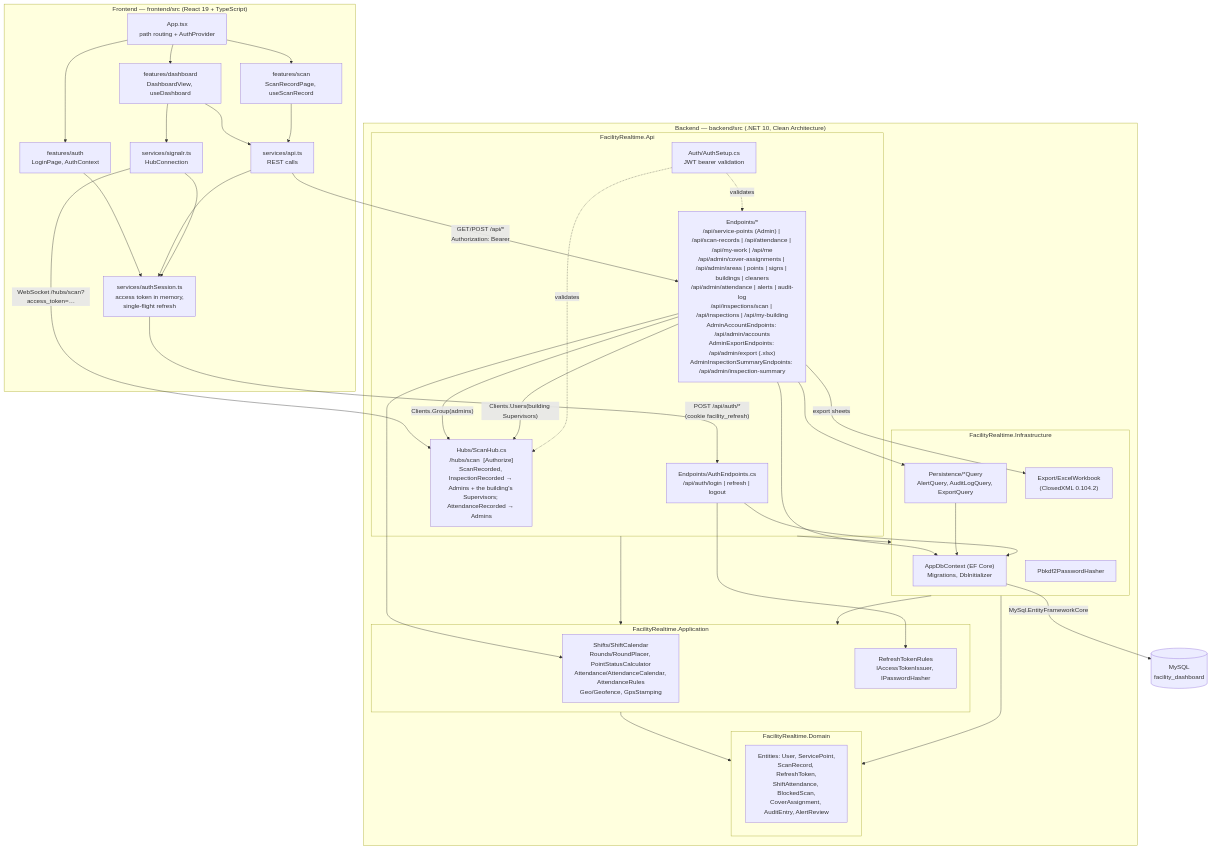
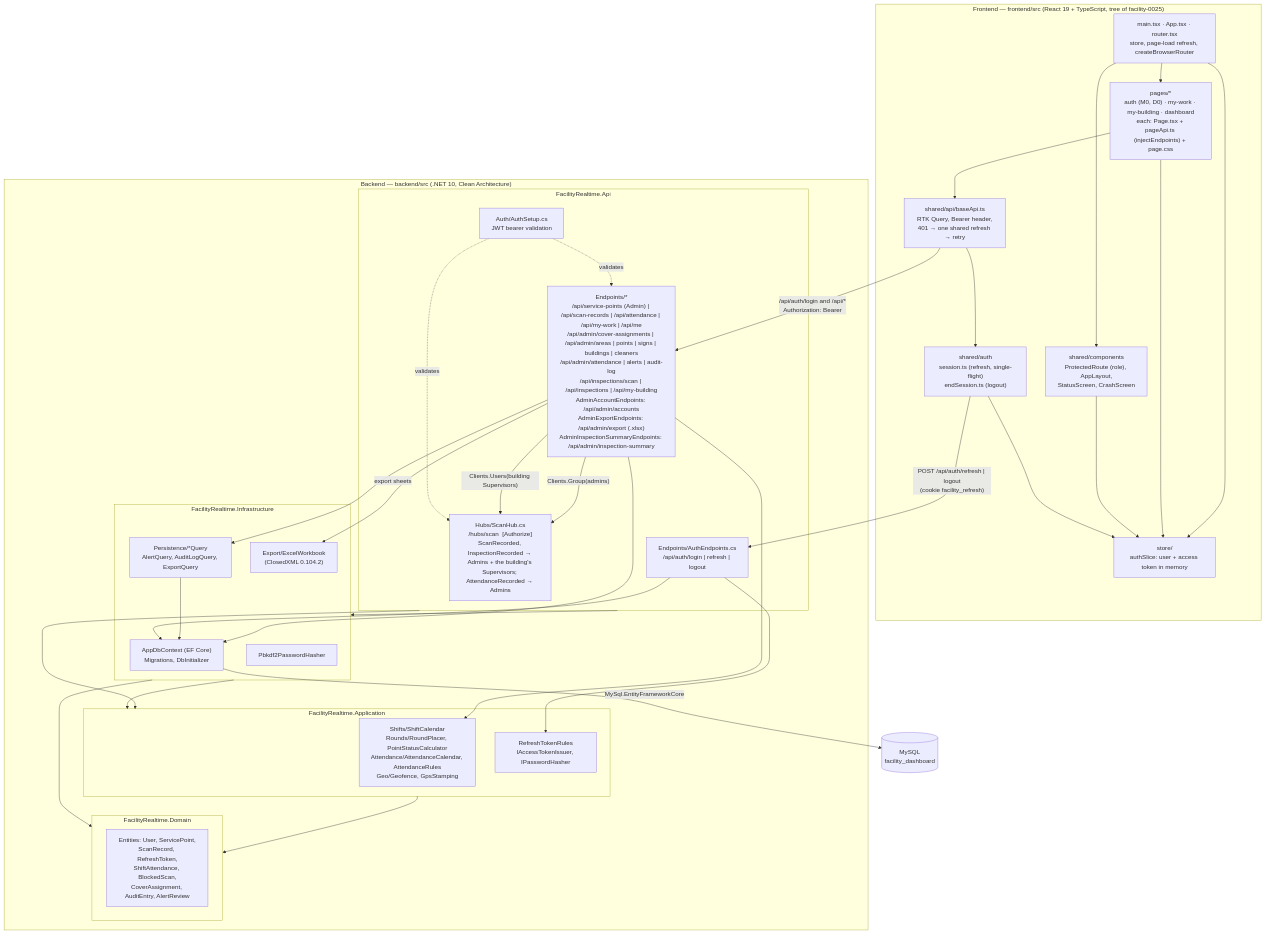
The third of 6 diagrams in docs/architecture.md (ThodsaphonSonthiphin/Facility-Real-time-dashboard), drawn with Mermaid before and after one commit. The commit also changed 11 other files, not shown here.

Commit message:
docs: frontend foundation in README, architecture and handoff; ADR amendments for the rebuild, routes, tokens and boundaries

````diff
--- a/docs/architecture.md
+++ b/docs/architecture.md
@@ -107,66 +109,62 @@
 ```mermaid
 flowchart TB
-    subgraph FE["Frontend — frontend/src (React 19 + TypeScript)"]
-        App["App.tsx<br/>path routing + AuthProvider"]
-        Dash["features/dashboard<br/>DashboardView, useDashboard"]
-        Scan["features/scan<br/>ScanRecordPage, useScanRecord"]
-        Login["features/auth<br/>LoginPage, AuthContext"]
-        ApiSvc["services/api.ts<br/>REST calls"]
-        AuthSess["services/authSession.ts<br/>access token in memory,<br/>single-flight refresh"]
-        SR["services/signalr.ts<br/>HubConnection"]
+    subgraph FE["Frontend — frontend/src (React 19 + TypeScript, tree of facility-0025)"]
+        AppF["main.tsx · App.tsx · router.tsx<br/>store, page-load refresh, createBrowserRouter"]
+        Pages["pages/*<br/>auth (M0, D0) · my-work · my-building · dashboard<br/>each: Page.tsx + pageApi.ts (injectEndpoints) + page.css"]
+        Store["store/<br/>authSlice: user + access token in memory"]
+        BaseApi["shared/api/baseApi.ts<br/>RTK Query, Bearer header,<br/>401 → one shared refresh → retry"]
+        Session["shared/auth<br/>session.ts (refresh, single-flight)<br/>endSession.ts (logout)"]
+        Guard["shared/components<br/>ProtectedRoute (role), AppLayout,<br/>StatusScreen, CrashScreen"]
     end
 
     subgraph BE["Backend — backend/src (.NET 10, Clean Architecture)"]
         subgraph ApiP["FacilityRealtime.Api"]
             Ep["Endpoints/*<br/>/api/service-points (Admin) | /api/scan-records | /api/attendance | /api/my-work | /api/me<br/>/api/admin/cover-assignments | /api/admin/areas | points | signs | buildings | cleaners<br/>/api/admin/attendance | alerts | audit-log<br/>/api/inspections/scan | /api/inspections | /api/my-building<br/>AdminAccountEndpoints: /api/admin/accounts<br/>AdminExportEndpoints: /api/admin/export (.xlsx)<br/>AdminInspectionSummaryEndpoints: /api/admin/inspection-summary"]
             AuthEp["Endpoints/AuthEndpoints.cs<br/>/api/auth/login | refresh | logout"]
             Hub["Hubs/ScanHub.cs<br/>/hubs/scan  [Authorize]<br/>ScanRecorded, InspectionRecorded → Admins + the building's Supervisors; AttendanceRecorded → Admins"]
             Jwt["Auth/AuthSetup.cs<br/>JWT bearer validation"]
         end
         subgraph AppP["FacilityRealtime.Application"]
             Status["Shifts/ShiftCalendar<br/>Rounds/RoundPlacer, PointStatusCalculator<br/>Attendance/AttendanceCalendar, AttendanceRules<br/>Geo/Geofence, GpsStamping"]
             Rules["RefreshTokenRules<br/>IAccessTokenIssuer, IPasswordHasher"]
         end
         subgraph InfP["FacilityRealtime.Infrastructure"]
             Ctx["AppDbContext (EF Core)<br/>Migrations, DbInitializer"]
             Hash["Pbkdf2PasswordHasher"]
             Reads["Persistence/*Query<br/>AlertQuery, AuditLogQuery, ExportQuery"]
             Xlsx["Export/ExcelWorkbook<br/>(ClosedXML 0.104.2)"]
         end
         subgraph DomP["FacilityRealtime.Domain"]
             Ent["Entities: User, ServicePoint,<br/>ScanRecord, RefreshToken,<br/>ShiftAttendance, BlockedScan,<br/>CoverAssignment, AuditEntry, AlertReview"]
         end
     end
 
     DB[("MySQL<br/>facility_dashboard")]
 
-    App --> Dash & Scan & Login
-    Dash --> ApiSvc
-    Dash --> SR
-    Scan --> ApiSvc
-    Login --> AuthSess
-    ApiSvc --> AuthSess
-    SR --> AuthSess
-
-    AuthSess -->|"POST /api/auth/*<br/>(cookie facility_refresh)"| AuthEp
-    ApiSvc -->|"GET/POST /api/*<br/>Authorization: Bearer"| Ep
-    SR -->|"WebSocket /hubs/scan?access_token=…"| Hub
+    AppF --> Pages & Guard & Store
+    Pages --> BaseApi
+    Pages --> Store
+    Guard --> Store
+    BaseApi --> Session
+    Session --> Store
+    Session -->|"POST /api/auth/refresh | logout<br/>(cookie facility_refresh)"| AuthEp
+    BaseApi -->|"/api/auth/login and /api/*<br/>Authorization: Bearer"| Ep
 
     Ep --> Status
     Ep --> Ctx
     Ep --> Reads
     Ep -->|"export sheets"| Xlsx
     Reads --> Ctx
     Ep -->|"Clients.Group(admins)"| Hub
     Ep -->|"Clients.Users(building Supervisors)"| Hub
     AuthEp --> Rules
     AuthEp --> Ctx
     Jwt -.->|validates| Ep & Hub
 
     ApiP --> AppP
     ApiP --> InfP
     InfP --> AppP
     AppP --> DomP
     InfP --> DomP
     Ctx -->|"MySql.EntityFrameworkCore"| DB
 ```
````
